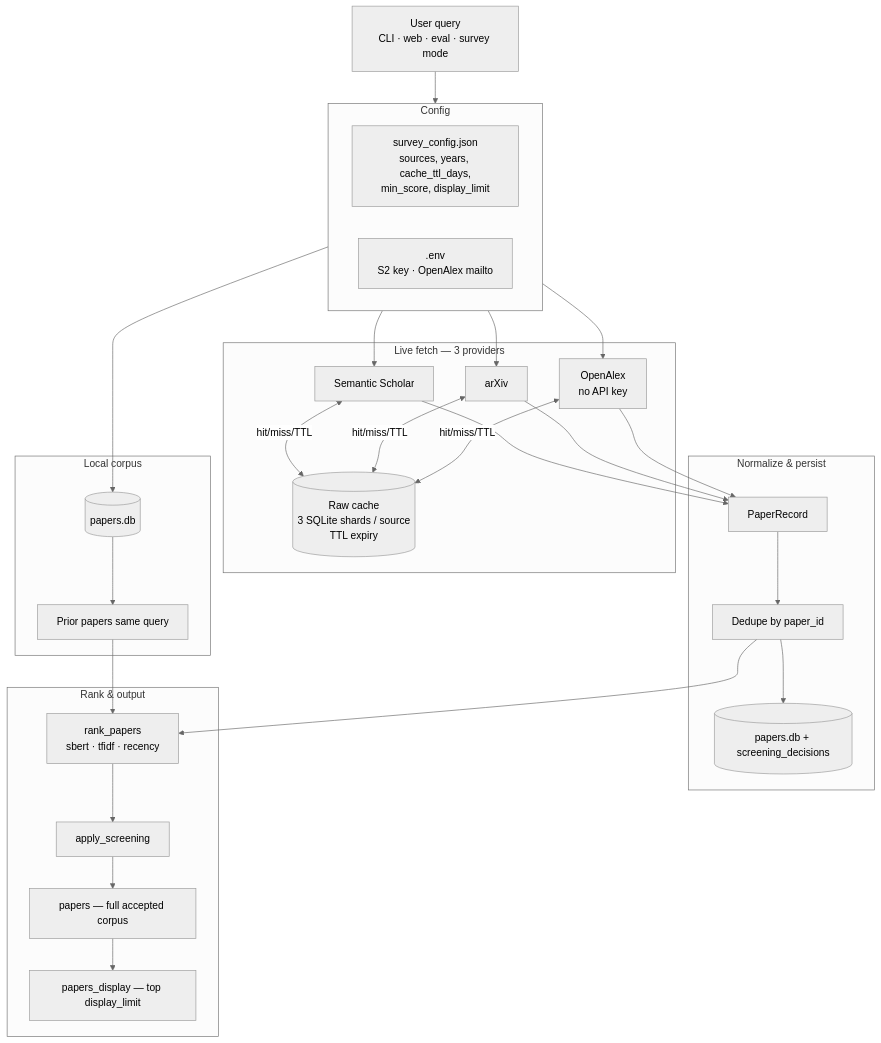
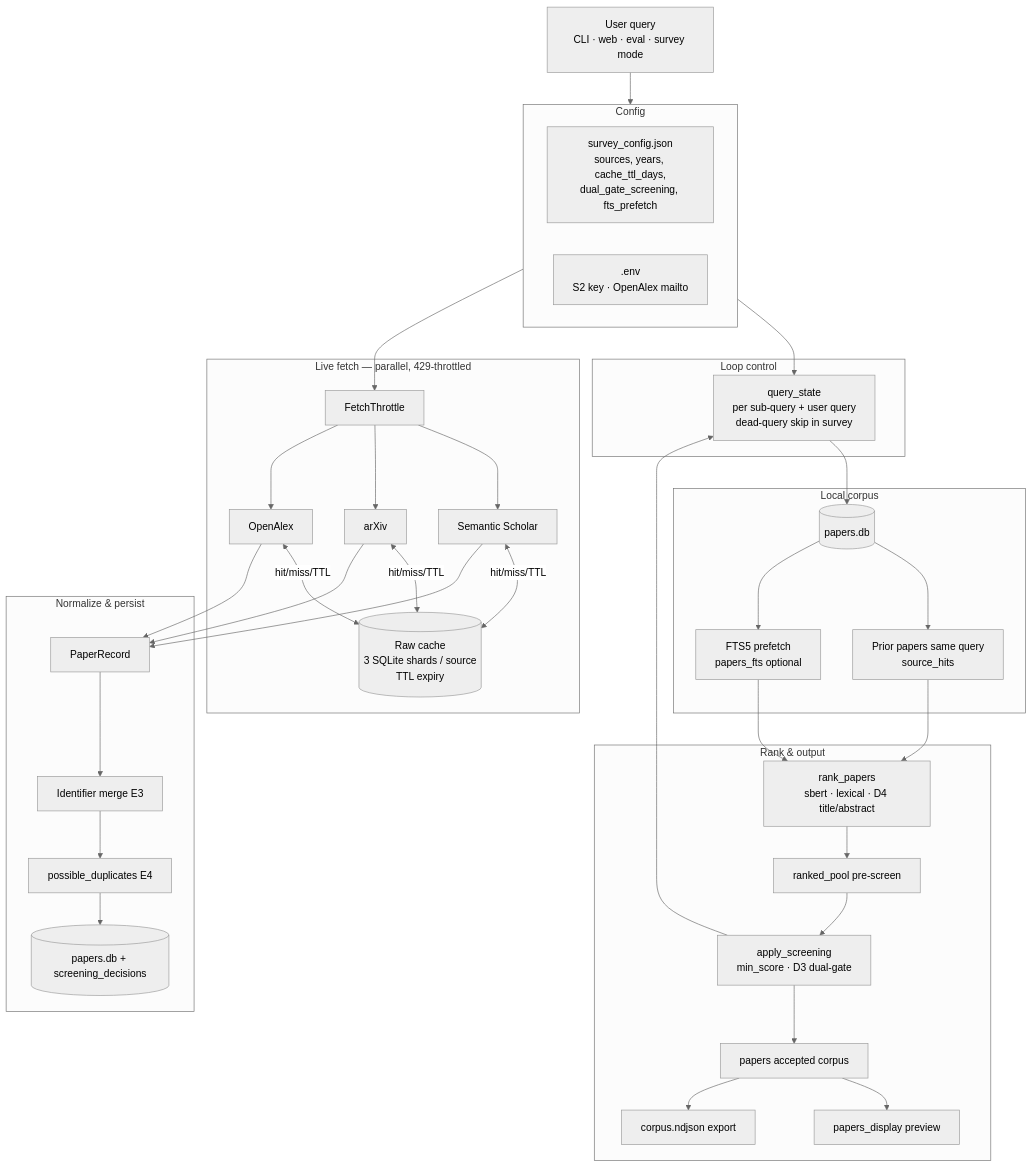
The diagram in flowcharts/flowchart_v5.md (cherryann518/paper-retrieval-system), drawn with Mermaid (neutral theme) before and after one commit. The commit also changed other lines of this file and 23 other files, not shown here.

````diff
--- a/flowcharts/flowchart_v5.md
+++ b/flowcharts/flowchart_v5.md
@@ -17,43 +17,59 @@
 ```mermaid
 flowchart TD
     Start["User query<br/>CLI · web · eval · survey mode"]
 
     subgraph config [Config]
-        Survey["survey_config.json<br/>sources, years, cache_ttl_days,<br/>min_score, display_limit"]
+        Survey["survey_config.json<br/>sources, years, cache_ttl_days,<br/>dual_gate_screening, fts_prefetch"]
         Env[".env<br/>S2 key · OpenAlex mailto"]
     end
 
     subgraph local [Local corpus]
         LocalDB[("papers.db")]
-        LocalPapers["Prior papers same query"]
+        SameQ["Prior papers same query<br/>source_hits"]
+        FTS["FTS5 prefetch<br/>papers_fts optional"]
     end
 
-    subgraph fetch [Live fetch — 3 providers]
+    subgraph loopctl [Loop control]
+        QState["query_state<br/>per sub-query + user query<br/>dead-query skip in survey"]
+    end
+
+    subgraph fetch [Live fetch — parallel, 429-throttled]
         SS["Semantic Scholar"]
         Arxiv["arXiv"]
-        OA["OpenAlex<br/>no API key"]
+        OA["OpenAlex"]
         Cache[("Raw cache<br/>3 SQLite shards / source<br/>TTL expiry")]
+        Throttle["FetchThrottle"]
     end
 
     subgraph integrate [Normalize & persist]
         Norm["PaperRecord"]
-        Dedupe["Dedupe by paper_id"]
+        IdMerge["Identifier merge E3"]
+        Fuzzy["possible_duplicates E4"]
         MainDB[("papers.db + screening_decisions")]
     end
 
     subgraph rankout [Rank & output]
-        Rank["rank_papers<br/>sbert · tfidf · recency"]
-        Screen["apply_screening"]
-        Corpus["papers — full accepted corpus"]
-        Display["papers_display — top display_limit"]
+        Rank["rank_papers<br/>sbert · lexical · D4 title/abstract"]
+        Pool["ranked_pool pre-screen"]
+        Screen["apply_screening<br/>min_score · D3 dual-gate"]
+        Corpus["papers accepted corpus"]
+        Display["papers_display preview"]
+        NDJSON["corpus.ndjson export"]
     end
 
     Start --> config
-    config --> LocalDB --> LocalPapers
-    config --> SS & Arxiv & OA
+    config --> QState
+    QState --> LocalDB
+    LocalDB --> SameQ
+    LocalDB --> FTS
+    config --> Throttle
+    Throttle --> SS & Arxiv & OA
     SS & Arxiv & OA <-->|"hit/miss/TTL"| Cache
-    SS & Arxiv & OA --> Norm --> Dedupe --> MainDB
-    LocalPapers --> Rank
-    Dedupe --> Rank
-    Rank --> Screen --> Corpus --> Display
+    SS & Arxiv & OA --> Norm --> IdMerge --> Fuzzy --> MainDB
+    SameQ --> Rank
+    FTS --> Rank
+    Rank --> Pool --> Screen
+    Screen --> Corpus --> Display
+    Corpus --> NDJSON
+    Screen --> QState
 ```
````
